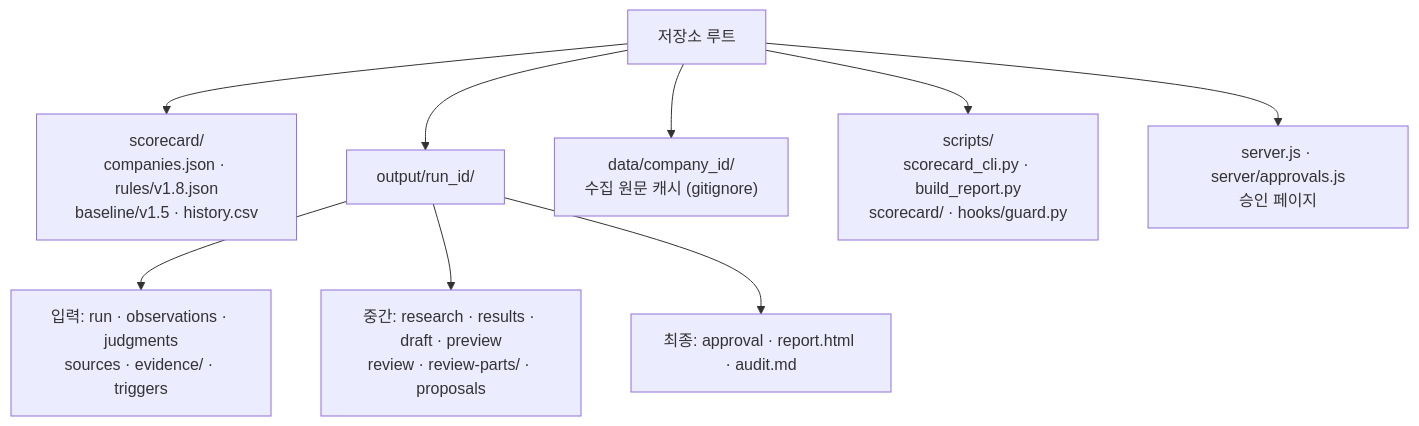
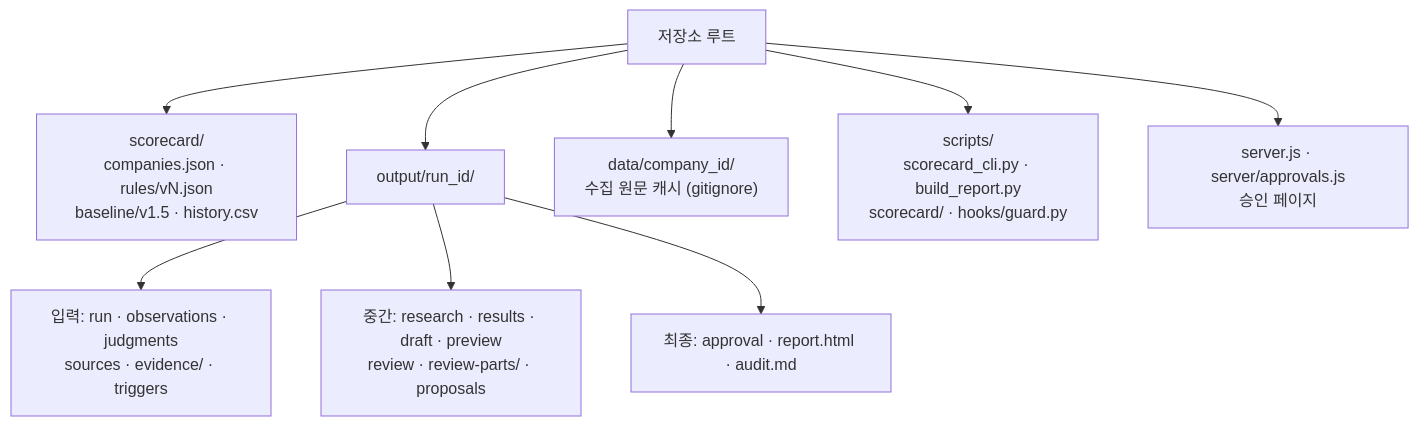
One commit to HANSOLJJ/stock-report-harness changed the sixth of 6 diagrams in docs/scorecard/guide.md. Above: the diagram before and after it, drawn with Mermaid. The commit also changed other lines of this file and 6 other files, not shown here.

````diff
--- a/docs/scorecard/guide.md
+++ b/docs/scorecard/guide.md
@@ -271,11 +271,11 @@
 ```mermaid
 flowchart TD
-    ROOT["저장소 루트"] --> SC["scorecard/<br/>companies.json · rules/v1.8.json<br/>baseline/v1.5 · history.csv"]
+    ROOT["저장소 루트"] --> SC["scorecard/<br/>companies.json · rules/vN.json<br/>baseline/v1.5 · history.csv"]
     ROOT --> OUT["output/run_id/"]
     ROOT --> DATA["data/company_id/<br/>수집 원문 캐시 (gitignore)"]
     ROOT --> SCR["scripts/<br/>scorecard_cli.py · build_report.py<br/>scorecard/ · hooks/guard.py"]
     ROOT --> SRV["server.js · server/approvals.js<br/>승인 페이지"]
     OUT --> IN2["입력: run · observations · judgments<br/>sources · evidence/ · triggers"]
     OUT --> MID["중간: research · results · draft · preview<br/>review · review-parts/ · proposals"]
     OUT --> FIN["최종: approval · report.html · audit.md"]
 ```
````
